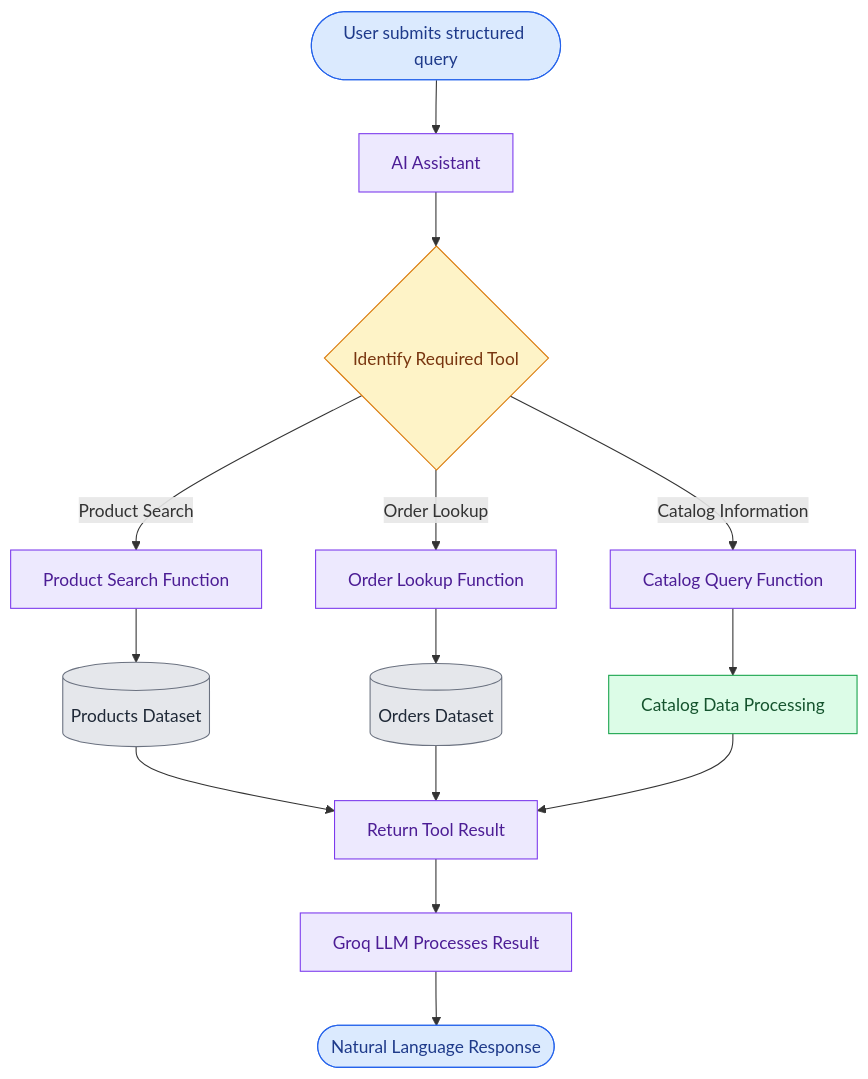
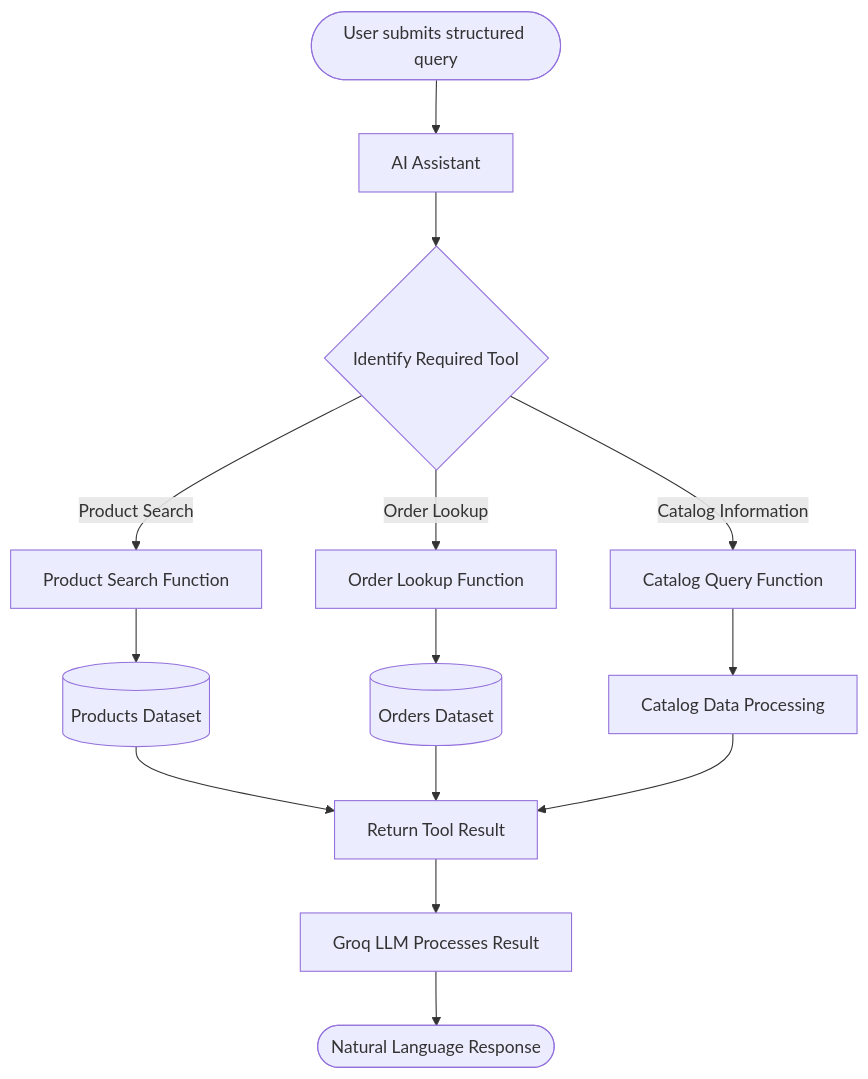
The third of 3 diagrams in README.md (funcoderror/CommerceCopilot), drawn with Mermaid before and after one commit. The commit also changed other lines of this file, not shown here.

````diff
--- a/README.md
+++ b/README.md
@@ -130,32 +100,20 @@
 ```mermaid
 flowchart TD
     A(["User submits structured query"]) --> B["AI Assistant"]
     B --> C{"Identify Required Tool"}
 
     C -->|"Product Search"| D["Product Search Function"]
     C -->|"Order Lookup"| E["Order Lookup Function"]
     C -->|"Catalog Information"| F["Catalog Query Function"]
 
     D --> G[("Products Dataset")]
     E --> H[("Orders Dataset")]
     F --> I["Catalog Data Processing"]
 
     G --> J["Return Tool Result"]
     H --> J
     I --> J
 
     J --> K["Groq LLM Processes Result"]
     K --> L(["Natural Language Response"])
-
-    classDef input fill:#dbeafe,stroke:#2563eb,color:#1e3a8a
-    classDef process fill:#ede9fe,stroke:#7c3aed,color:#4c1d95
-    classDef decision fill:#fef3c7,stroke:#d97706,color:#78350f
-    classDef storage fill:#e5e7eb,stroke:#6b7280,color:#1f2937
-    classDef output fill:#dcfce7,stroke:#16a34a,color:#14532d
-
-    class A,L input
-    class B,D,E,F,J,K process
-    class C decision
-    class G,H storage
-    class I output
 ```
````
